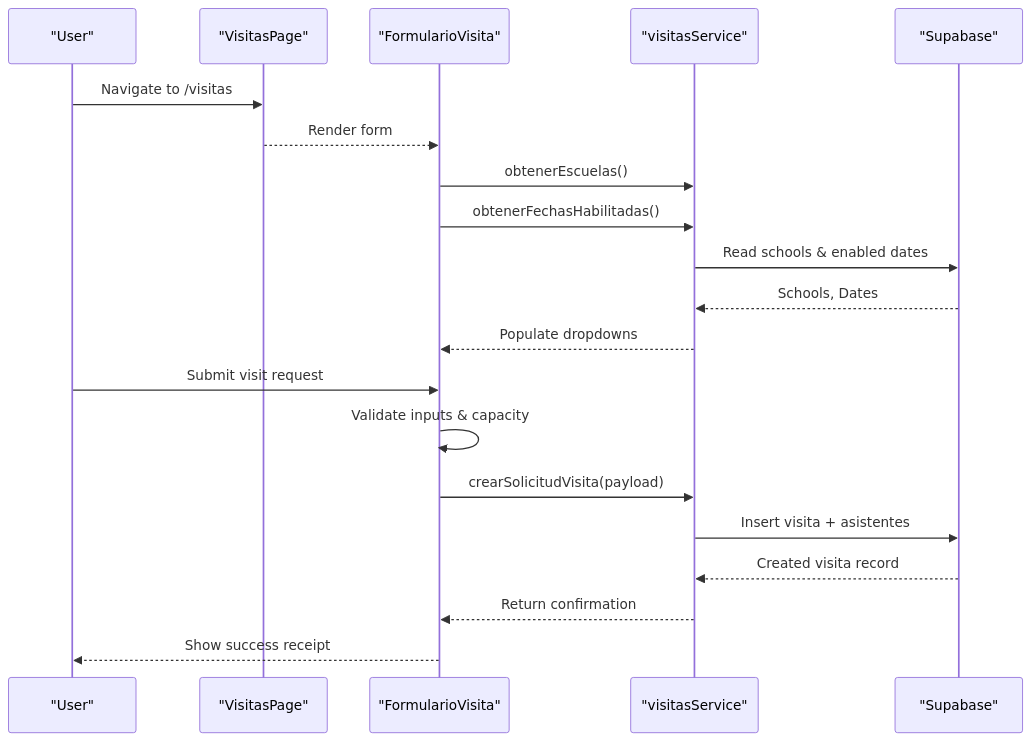
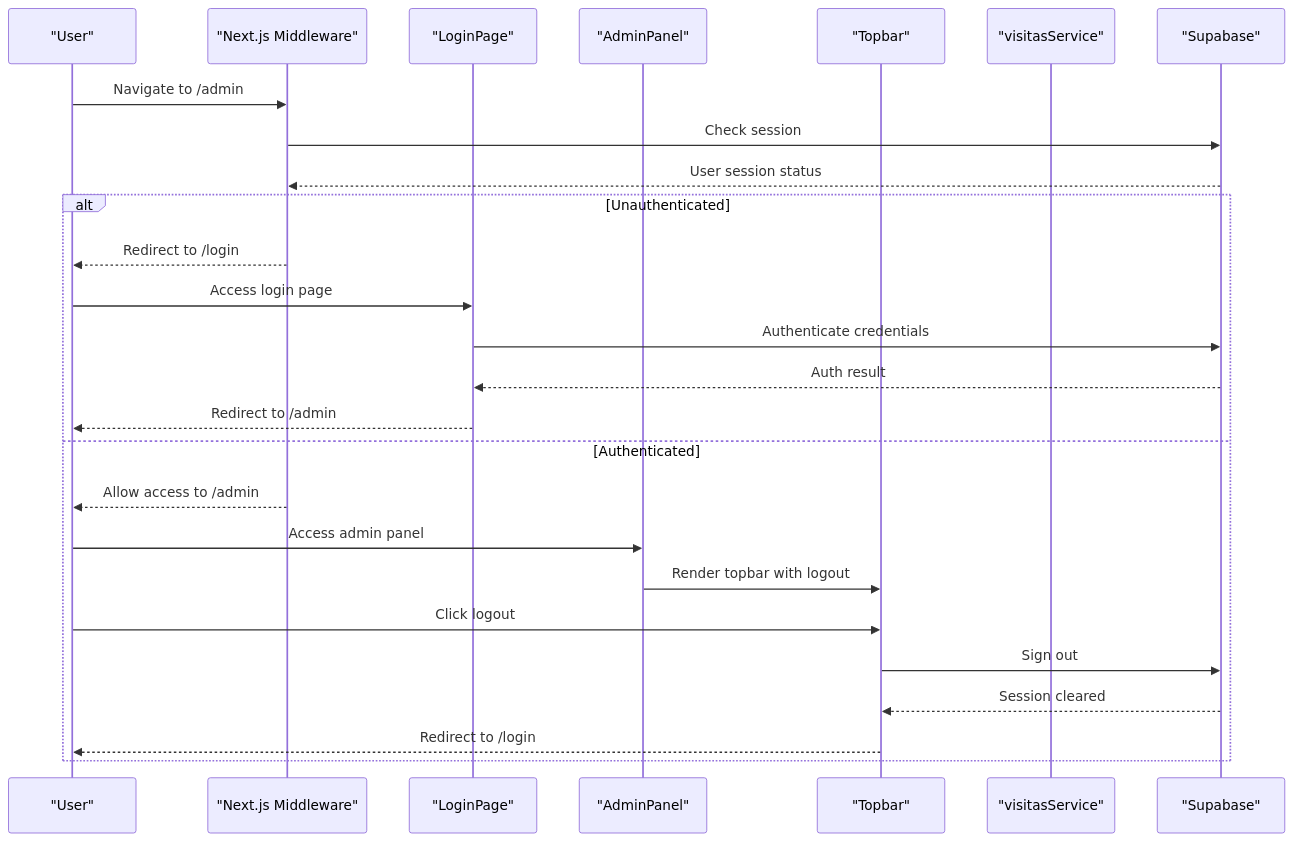
Before and after one commit to AgusCatra/simu-twin-web: the second of 7 diagrams in .qoder/repowiki/en/content/Application Structure & Organization/Administrative Panel.md, drawn with Mermaid. The commit also changed other lines of this file and 16 other files, not shown here.

First line of the commit message:
feat(auth): implementar sistema completo de autenticación y panel administrativo protegido

````diff
--- a/.qoder/repowiki/en/content/Application Structure & Organization/Administrative Panel.md
+++ b/.qoder/repowiki/en/content/Application Structure & Organization/Administrative Panel.md
@@ -93,22 +130,28 @@
 ```mermaid
 sequenceDiagram
 participant User as "User"
-participant Page as "VisitasPage"
-participant Form as "FormularioVisita"
+participant Middleware as "Next.js Middleware"
+participant Login as "LoginPage"
+participant Admin as "AdminPanel"
+participant Topbar as "Topbar"
 participant Service as "visitasService"
 participant DB as "Supabase"
-User->>Page : Navigate to /visitas
-Page-->>Form : Render form
-Form->>Service : obtenerEscuelas()
-Form->>Service : obtenerFechasHabilitadas()
-Service->>DB : Read schools & enabled dates
-DB-->>Service : Schools, Dates
-Service-->>Form : Populate dropdowns
-User->>Form : Submit visit request
-Form->>Form : Validate inputs & capacity
-Form->>Service : crearSolicitudVisita(payload)
-Service->>DB : Insert visita + asistentes
-DB-->>Service : Created visita record
-Service-->>Form : Return confirmation
-Form-->>User : Show success receipt
+User->>Middleware : Navigate to /admin
+Middleware->>DB : Check session
+DB-->>Middleware : User session status
+alt Unauthenticated
+Middleware-->>User : Redirect to /login
+User->>Login : Access login page
+Login->>DB : Authenticate credentials
+DB-->>Login : Auth result
+Login-->>User : Redirect to /admin
+else Authenticated
+Middleware-->>User : Allow access to /admin
+User->>Admin : Access admin panel
+Admin->>Topbar : Render topbar with logout
+User->>Topbar : Click logout
+Topbar->>DB : Sign out
+DB-->>Topbar : Session cleared
+Topbar-->>User : Redirect to /login
+end
 ```
````
